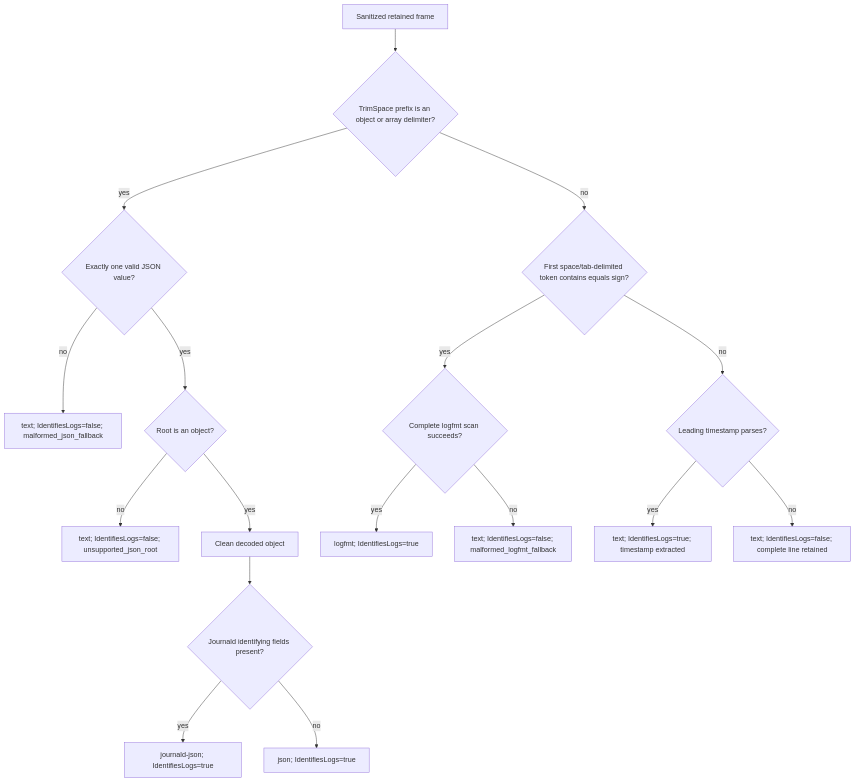
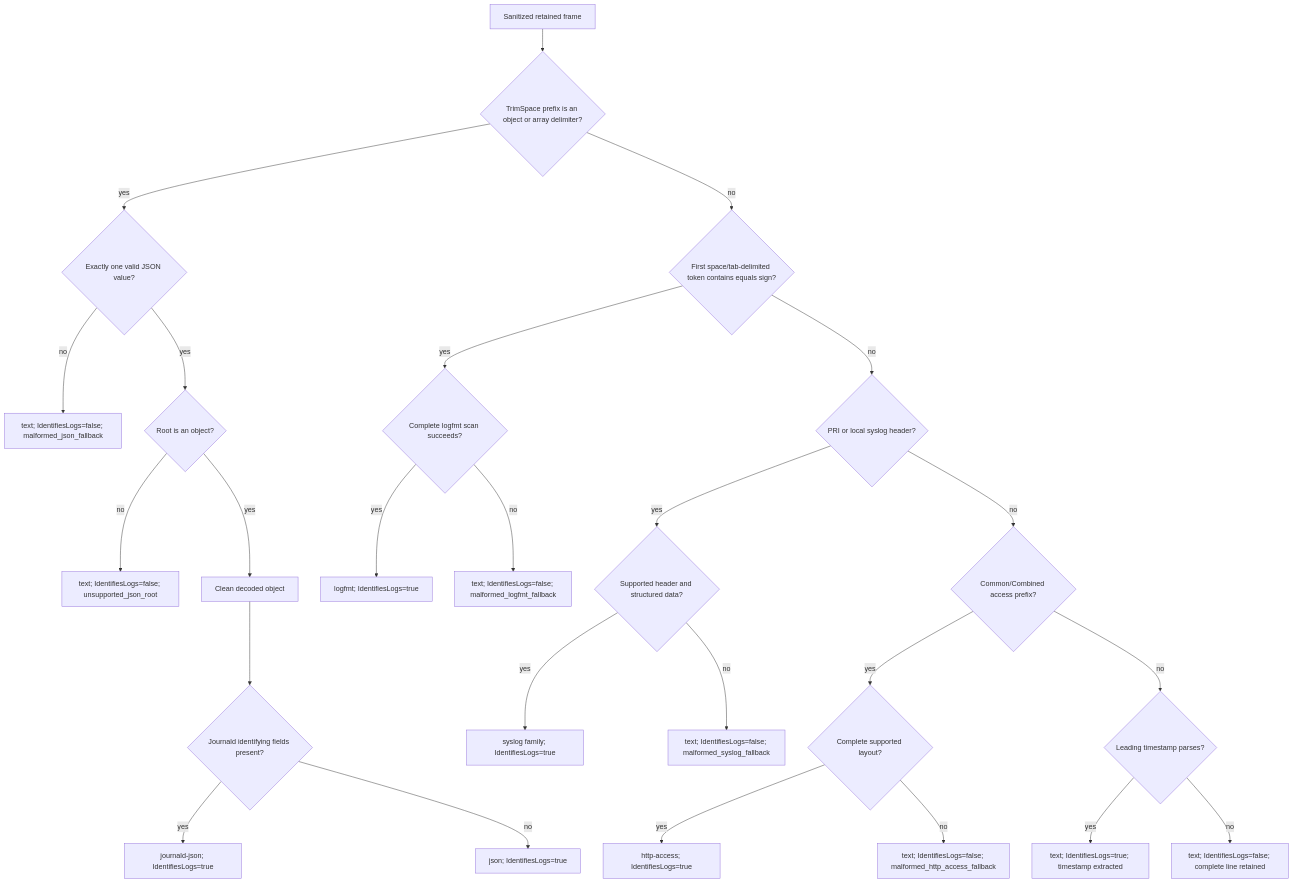
The third of 4 diagrams in .memory/parser.md (jpetroff/streamline), drawn with Mermaid before and after one commit. The commit also changed other lines of this file and 26 other files, not shown here.

````diff
--- a/.memory/parser.md
+++ b/.memory/parser.md
@@ -146,19 +172,27 @@
 ```mermaid
 flowchart TD
   Input["Sanitized retained frame"] --> JSONShape{"TrimSpace prefix is an object or array delimiter?"}
   JSONShape -->|"yes"| Decode{"Exactly one valid JSON value?"}
   Decode -->|"no"| BadJSON["text; IdentifiesLogs=false; malformed_json_fallback"]
   Decode -->|"yes"| Object{"Root is an object?"}
   Object -->|"no"| BadRoot["text; IdentifiesLogs=false; unsupported_json_root"]
   Object -->|"yes"| CleanObject["Clean decoded object"]
   CleanObject --> Journal{"Journald identifying fields present?"}
   Journal -->|"yes"| JournalRecord["journald-json; IdentifiesLogs=true"]
   Journal -->|"no"| JSONRecord["json; IdentifiesLogs=true"]
   JSONShape -->|"no"| Candidate{"First space/tab-delimited token contains equals sign?"}
   Candidate -->|"yes"| Scan{"Complete logfmt scan succeeds?"}
   Scan -->|"yes"| LogfmtRecord["logfmt; IdentifiesLogs=true"]
   Scan -->|"no"| BadLogfmt["text; IdentifiesLogs=false; malformed_logfmt_fallback"]
-  Candidate -->|"no"| Timestamp{"Leading timestamp parses?"}
+  Candidate -->|"no"| Syslog{"PRI or local syslog header?"}
+  Syslog -->|"yes"| SyslogDecode{"Supported header and structured data?"}
+  SyslogDecode -->|"yes"| SyslogRecord["syslog family; IdentifiesLogs=true"]
+  SyslogDecode -->|"no"| BadSyslog["text; IdentifiesLogs=false; malformed_syslog_fallback"]
+  Syslog -->|"no"| Access{"Common/Combined access prefix?"}
+  Access -->|"yes"| AccessDecode{"Complete supported layout?"}
+  AccessDecode -->|"yes"| AccessRecord["http-access; IdentifiesLogs=true"]
+  AccessDecode -->|"no"| BadAccess["text; IdentifiesLogs=false; malformed_http_access_fallback"]
+  Access -->|"no"| Timestamp{"Leading timestamp parses?"}
   Timestamp -->|"yes"| TimedText["text; IdentifiesLogs=true; timestamp extracted"]
   Timestamp -->|"no"| Plain["text; IdentifiesLogs=false; complete line retained"]
 ```
````
